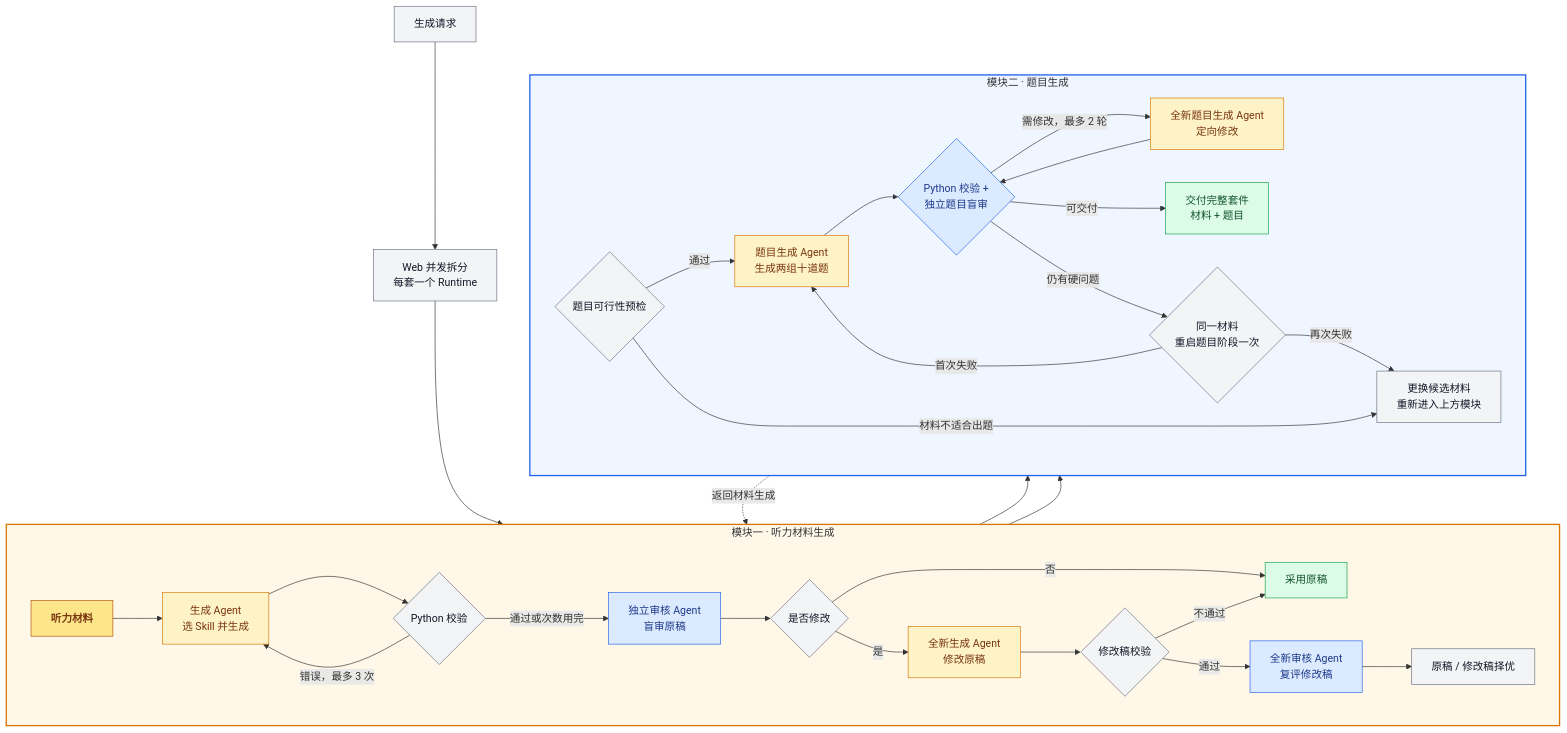
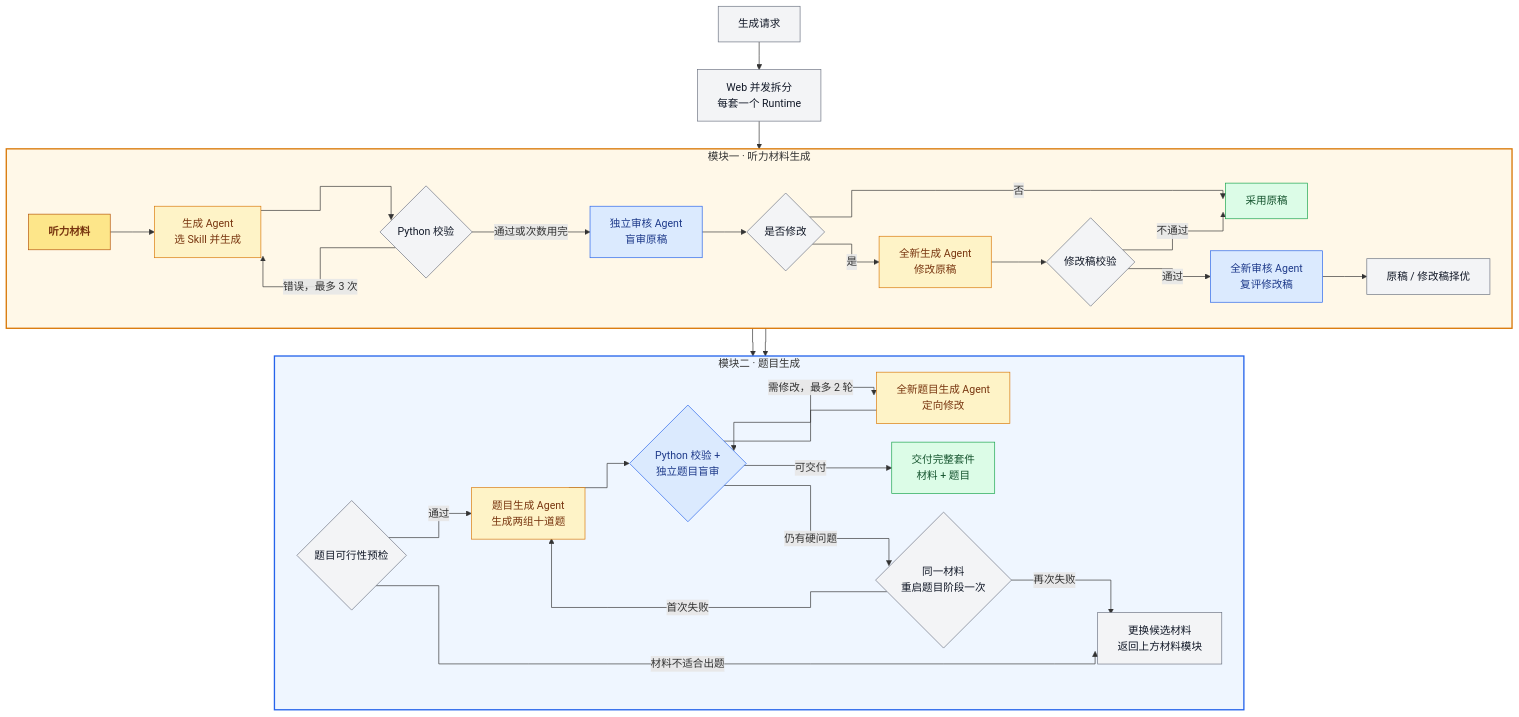
Before and after one commit to wanglingxiao123/ielts-part1-generator: the second of 2 diagrams in README.md, drawn with Mermaid.

Commit message:
docs: 固定生成流程图上下布局与直角连线

````diff
--- a/README.md
+++ b/README.md
@@ -195,52 +195,51 @@
 ```mermaid
+%%{init: {"flowchart": {"curve": "stepAfter", "nodeSpacing": 28, "rankSpacing": 42}}}%%
 flowchart TB
     Q["生成请求"] --> F["Web 并发拆分<br/>每套一个 Runtime"]
 
     subgraph MATERIAL["模块一 · 听力材料生成"]
         direction LR
         M["听力材料"] --> G["生成 Agent<br/>选 Skill 并生成"]
         G --> V{"Python 校验"}
         V -- "错误，最多 3 次" --> G
         V -- "通过或次数用完" --> A["独立审核 Agent<br/>盲审原稿"]
         A --> X{"是否修改"}
         X -- "否" --> O["采用原稿"]
         X -- "是" --> R["全新生成 Agent<br/>修改原稿"]
         R --> C{"修改稿校验"}
         C -- "不通过" --> O
         C -- "通过" --> E["全新审核 Agent<br/>复评修改稿"]
         E --> B["原稿 / 修改稿择优"]
     end
 
     F --> M
     O --> P
     B --> P
 
     subgraph QUESTIONS["模块二 · 题目生成"]
         direction LR
         P{"题目可行性预检"}
         P -- "通过" --> T["题目生成 Agent<br/>生成两组十道题"]
         T --> H{"Python 校验 +<br/>独立题目盲审"}
         H -- "需修改，最多 2 轮" --> J["全新题目生成 Agent<br/>定向修改"]
         J --> H
         H -- "可交付" --> D["交付完整套件<br/>材料 + 题目"]
         H -- "仍有硬问题" --> K{"同一材料<br/>重启题目阶段一次"}
         K -- "首次失败" --> T
-        K -- "再次失败" --> W["更换候选材料<br/>重新进入上方模块"]
+        K -- "再次失败" --> W["更换候选材料<br/>返回上方材料模块"]
         P -- "材料不适合出题" --> W
     end
-
-    W -. "返回材料生成" .-> G
 
     classDef ai fill:#fef3c7,stroke:#d97706,color:#78350f;
     classDef audit fill:#dbeafe,stroke:#2563eb,color:#1e3a8a;
     classDef code fill:#f3f4f6,stroke:#6b7280,color:#111827;
     classDef done fill:#dcfce7,stroke:#16a34a,color:#14532d;
     classDef moduleLabel fill:#fde68a,stroke:#b45309,color:#78350f,font-weight:bold;
     class M moduleLabel;
     class G,R,T,J ai;
     class A,E,H audit;
     class Q,F,V,X,C,B,P,K,W code;
     class O,D done;
     style MATERIAL fill:#fff8e8,stroke:#d97706,stroke-width:2px;
     style QUESTIONS fill:#eff6ff,stroke:#2563eb,stroke-width:2px;
 ```
````
